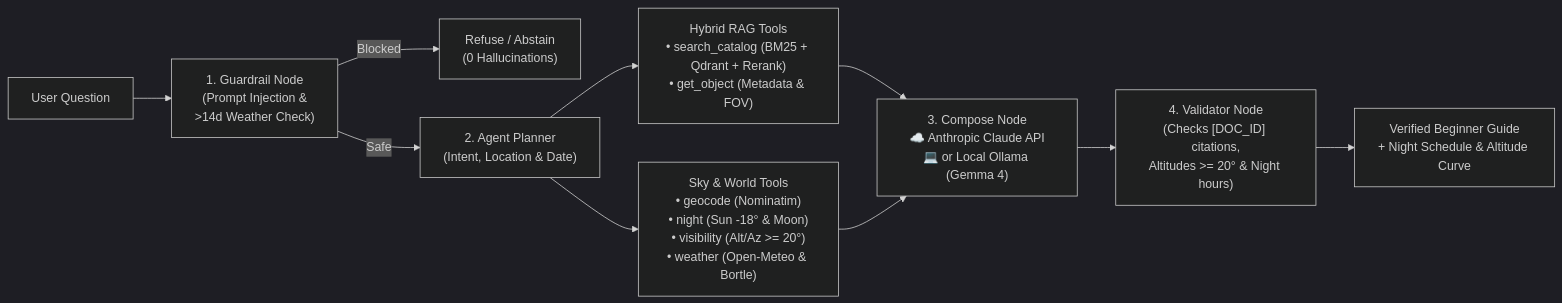
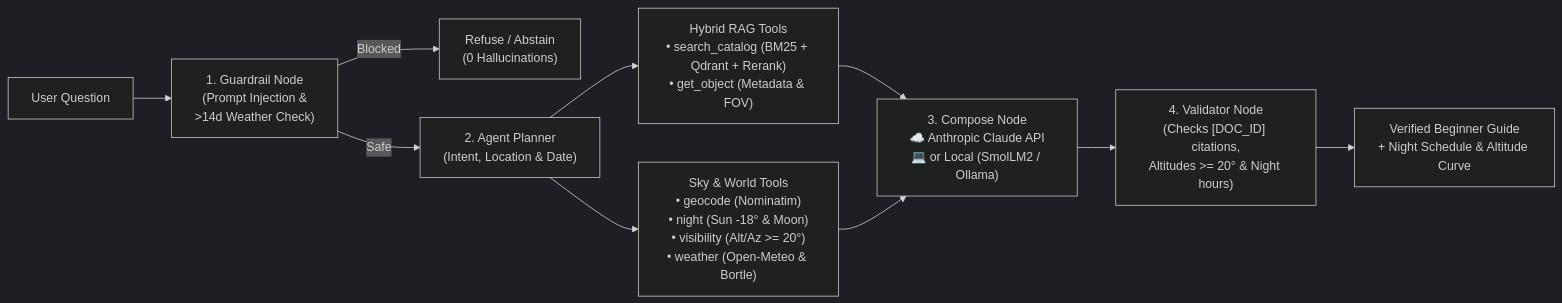
The diagram in README.md (Waxguillermo/Astropilote), drawn with Mermaid (dark theme) before and after one commit. The commit also changed other lines of this file and 4 other files, not shown here.

````diff
--- a/README.md
+++ b/README.md
@@ -32,15 +34,15 @@
 ```mermaid
 flowchart LR
     U["User Question"] --> G["1. Guardrail Node<br/>(Prompt Injection &<br/>>14d Weather Check)"]
     G -->| Blocked | R["Refuse / Abstain<br/>(0 Hallucinations)"]
     G -->| Safe | A["2. Agent Planner<br/>(Intent, Location & Date)"]
 
     A --> T1["Hybrid RAG Tools<br/>• search_catalog (BM25 + Qdrant + Rerank)<br/>• get_object (Metadata & FOV)"]
     A --> T2["Sky & World Tools<br/>• geocode (Nominatim)<br/>• night (Sun -18° & Moon)<br/>• visibility (Alt/Az >= 20°)<br/>• weather (Open-Meteo & Bortle)"]
 
-    T1 --> C["3. Compose Node<br/>☁️ Anthropic Claude API<br/>💻 or Local Ollama (Gemma 4)"]
+    T1 --> C["3. Compose Node<br/>☁️ Anthropic Claude API<br/>💻 or Local (SmolLM2 / Ollama)"]
     T2 --> C
 
     C --> V["4. Validator Node<br/>(Checks [DOC_ID] citations,<br/>Altitudes >= 20° & Night hours)"]
     V --> O["Verified Beginner Guide<br/>+ Night Schedule & Altitude Curve"]
 ```
````
